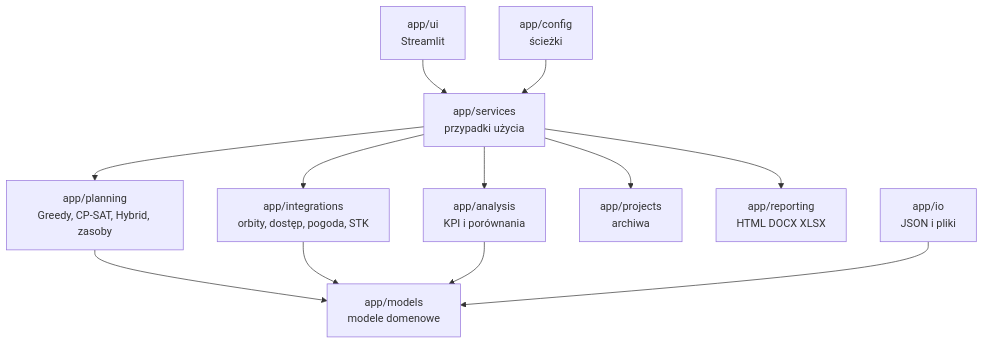
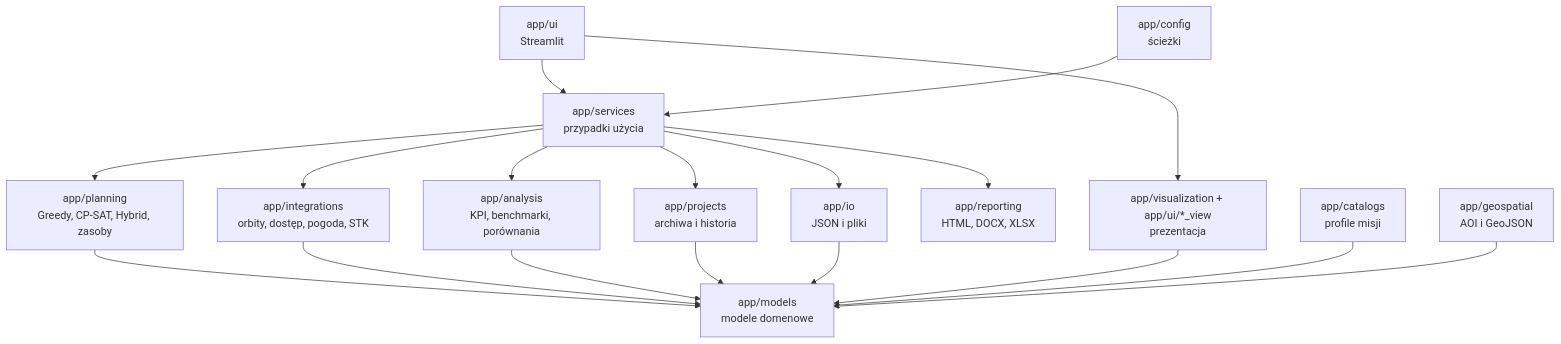
The first of 3 diagrams in docs/architecture.md (matigeoman/satellite-acquisition-planner), drawn with Mermaid before and after one commit. The commit also changed other lines of this file and 8 other files, not shown here.

Commit message:
Improve repository architecture and documentation

````diff
--- a/docs/architecture.md
+++ b/docs/architecture.md
@@ -5,14 +5,20 @@
 ```mermaid
 flowchart TB
-    UI[app/ui\nStreamlit] --> SVC[app/services\nprzypadki użycia]
-    SVC --> PLN[app/planning\nGreedy, CP-SAT, Hybrid, zasoby]
-    SVC --> INT[app/integrations\norbity, dostęp, pogoda, STK]
-    SVC --> ANA[app/analysis\nKPI i porównania]
-    SVC --> PROJ[app/projects\narchiwa]
-    SVC --> REP[app/reporting\nHTML DOCX XLSX]
-    PLN --> MOD[app/models\nmodele domenowe]
+    UI[app/ui<br/>Streamlit] --> SVC[app/services<br/>przypadki użycia]
+    UI --> VIEW[app/visualization + app/ui/*_view<br/>prezentacja]
+    SVC --> PLN[app/planning<br/>Greedy, CP-SAT, Hybrid, zasoby]
+    SVC --> INT[app/integrations<br/>orbity, dostęp, pogoda, STK]
+    SVC --> ANA[app/analysis<br/>KPI, benchmarki, porównania]
+    SVC --> PROJ[app/projects<br/>archiwa i historia]
+    SVC --> REP[app/reporting<br/>HTML, DOCX, XLSX]
+    SVC --> IO[app/io<br/>JSON i pliki]
+    PLN --> MOD[app/models<br/>modele domenowe]
     INT --> MOD
     ANA --> MOD
-    IO[app/io\nJSON i pliki] --> MOD
-    CFG[app/config\nścieżki] --> SVC
+    PROJ --> MOD
+    IO --> MOD
+    VIEW --> MOD
+    CAT[app/catalogs<br/>profile misji] --> MOD
+    GEO[app/geospatial<br/>AOI i GeoJSON] --> MOD
+    CFG[app/config<br/>ścieżki] --> SVC
 ```
````
